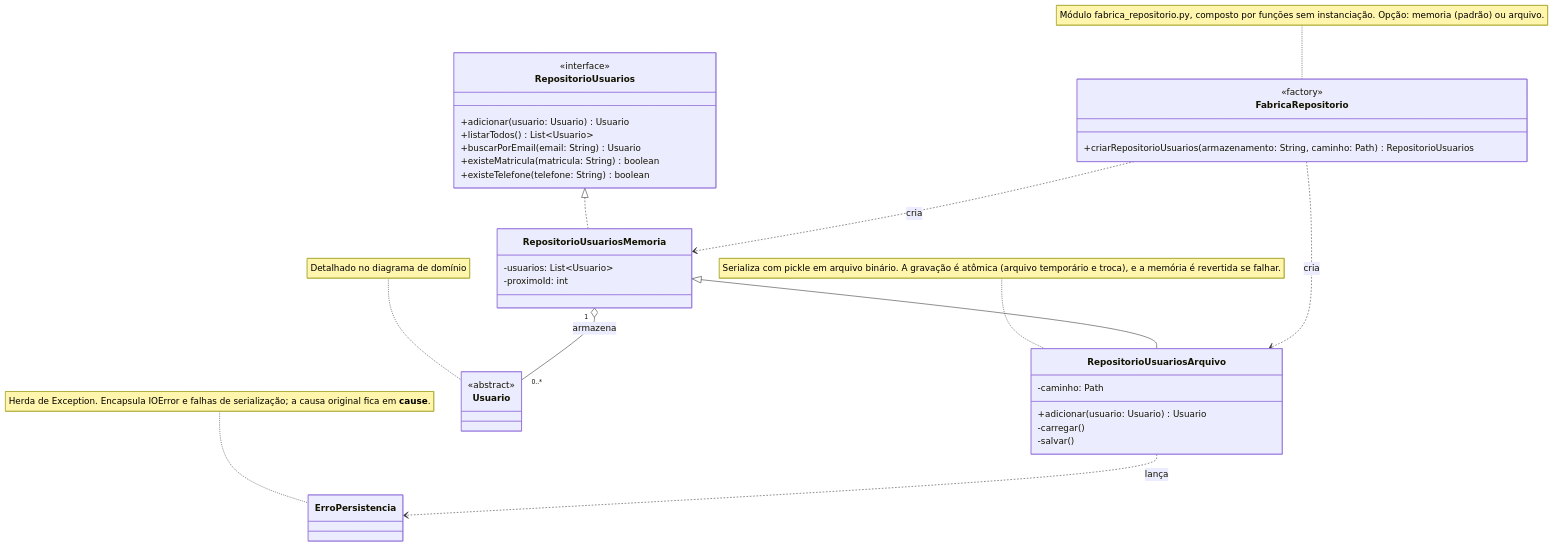
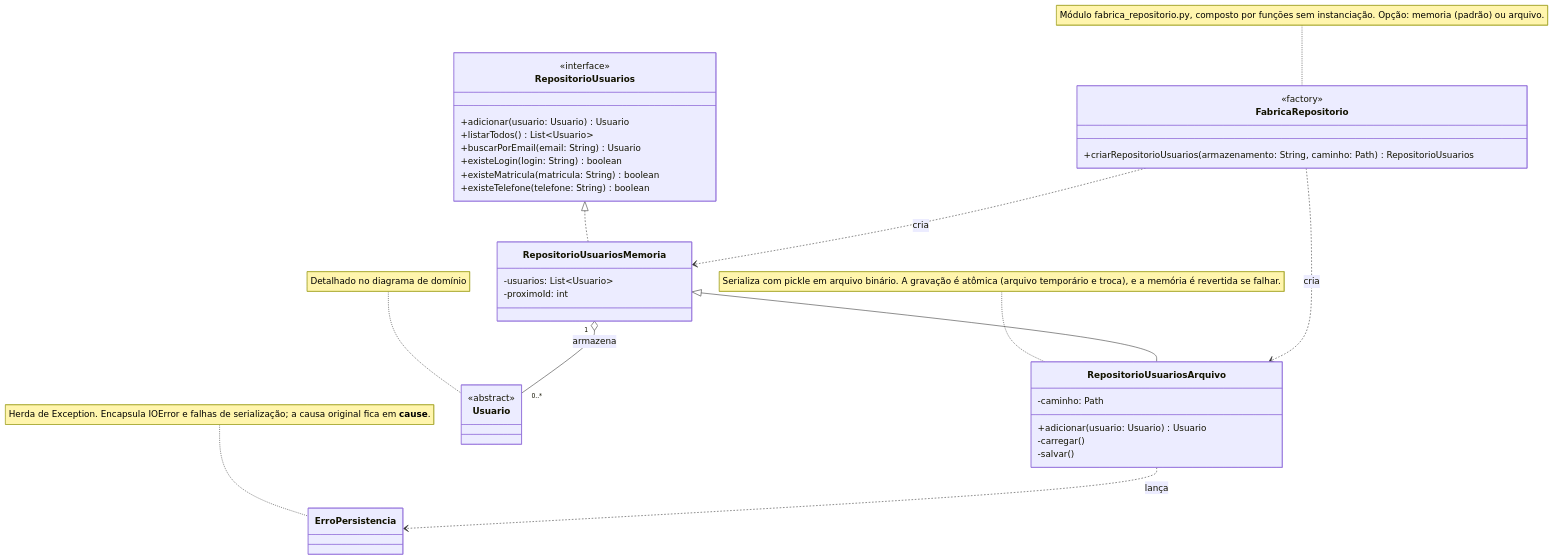
The third of 5 diagrams in docs/08-projeto.md (henriquesantos007/Sistema-de-Agendamento-de-Almoco), drawn with Mermaid before and after one commit. The commit also changed other lines of this file and 1 other file, not shown here.

Commit message:
docs(diagramas): incluir verificação de login nos diagramas

````diff
--- a/docs/08-projeto.md
+++ b/docs/08-projeto.md
@@ -297,50 +299,51 @@
 ```mermaid
 %%{init: {"flowchart": {"useMaxWidth": false}, "class": {"useMaxWidth": false}, "sequence": {"useMaxWidth": false}, "state": {"useMaxWidth": false}}}%%
 classDiagram
     direction TB
 
     class RepositorioUsuarios {
         <<interface>>
         +adicionar(usuario: Usuario) Usuario
         +listarTodos() List~Usuario~
         +buscarPorEmail(email: String) Usuario
+        +existeLogin(login: String) boolean
         +existeMatricula(matricula: String) boolean
         +existeTelefone(telefone: String) boolean
     }
 
     class RepositorioUsuariosMemoria {
         -usuarios: List~Usuario~
         -proximoId: int
     }
 
     class RepositorioUsuariosArquivo {
         -caminho: Path
         +adicionar(usuario: Usuario) Usuario
         -carregar()
         -salvar()
     }
 
     class FabricaRepositorio {
         <<factory>>
         +criarRepositorioUsuarios(armazenamento: String, caminho: Path) RepositorioUsuarios
     }
 
     class ErroPersistencia
 
     class Usuario {
         <<abstract>>
     }
 
     RepositorioUsuarios <|.. RepositorioUsuariosMemoria
     RepositorioUsuariosMemoria <|-- RepositorioUsuariosArquivo
     RepositorioUsuariosMemoria "1" o-- "0..*" Usuario : armazena
 
     FabricaRepositorio ..> RepositorioUsuariosMemoria : cria
     FabricaRepositorio ..> RepositorioUsuariosArquivo : cria
     RepositorioUsuariosArquivo ..> ErroPersistencia : lança
 
     note for ErroPersistencia "Herda de Exception. Encapsula IOError e falhas de serialização; a causa original fica em __cause__."
     note for RepositorioUsuariosArquivo "Serializa com pickle em arquivo binário. A gravação é atômica (arquivo temporário e troca), e a memória é revertida se falhar."
     note for FabricaRepositorio "Módulo fabrica_repositorio.py, composto por funções sem instanciação. Opção: memoria (padrão) ou arquivo."
     note for Usuario "Detalhado no diagrama de domínio"
 ```
````
